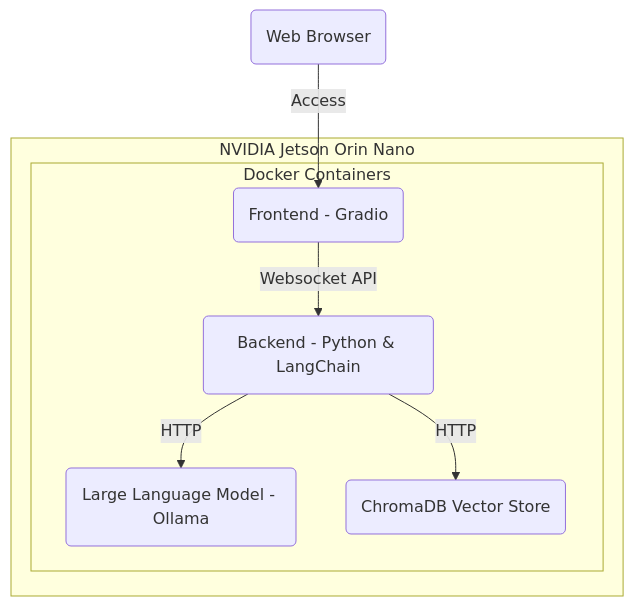
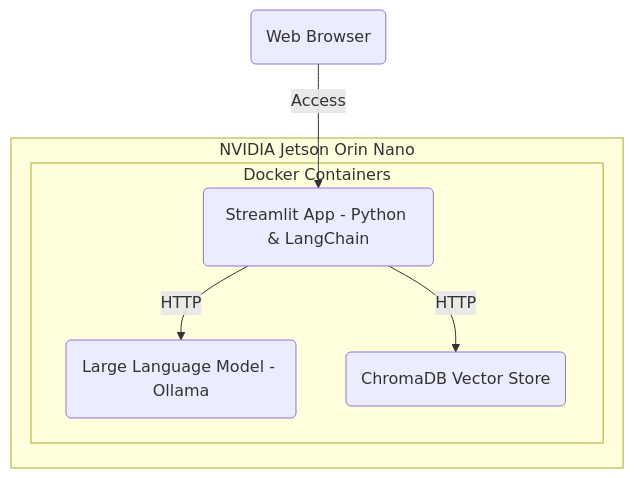
Before and after one commit to hse-digital-engineering/build-your-own-chatbot: the second of 3 diagrams in README.md, drawn with Mermaid. The commit also changed other lines of this file, not shown here.

````diff
--- a/README.md
+++ b/README.md
@@ -101,17 +100,15 @@
 ```mermaid
 graph TD
     subgraph NVIDIA Jetson Orin Nano
         subgraph Docker Containers
-            Frontend(Frontend - Gradio) 
-            Backend(Backend - Python & LangChain)
+            Chatbot(Streamlit App - Python & LangChain)
             LLM(Large Language Model - Ollama)
             VectorStore(ChromaDB Vector Store)
         end
 
-        Frontend -->|Websocket API| Backend
-        Backend -->|HTTP| LLM
-        Backend -->|HTTP| VectorStore
+        Chatbot -->|HTTP| LLM
+        Chatbot -->|HTTP| VectorStore
     end
 
-    WebBrowser(Web Browser) -->|Access| Frontend
+    WebBrowser(Web Browser) -->|Access| Chatbot
 ```
````
